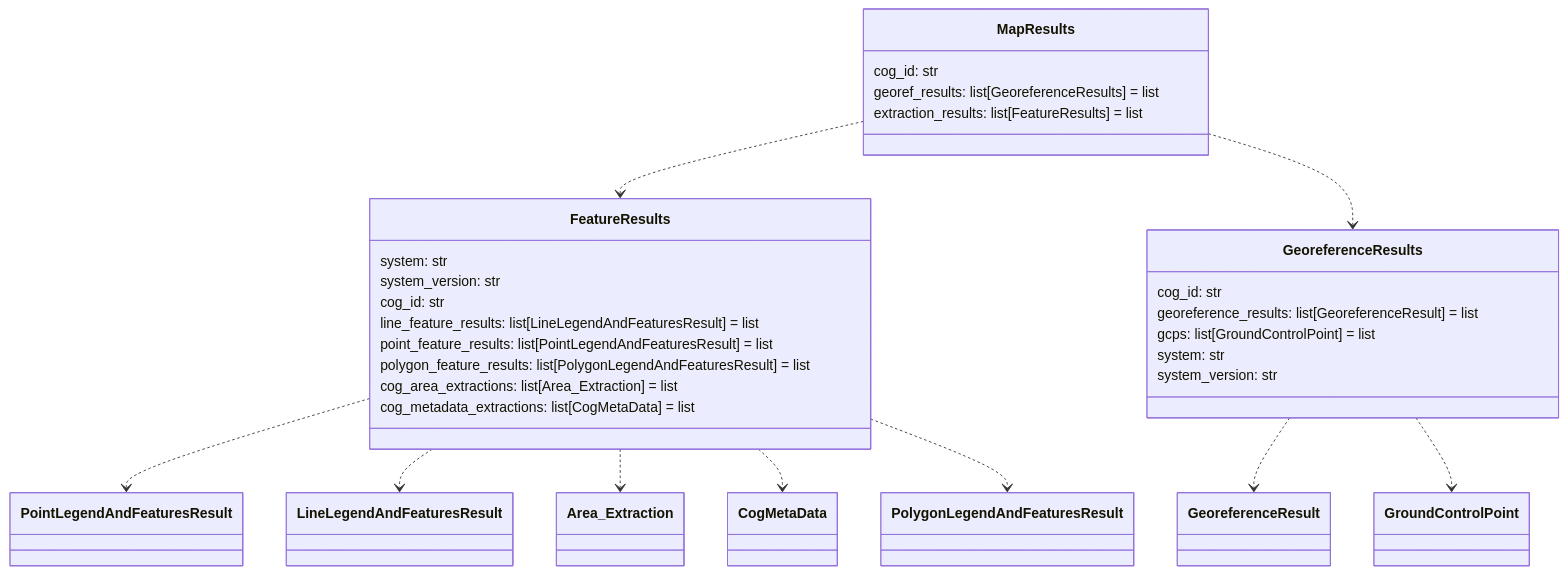
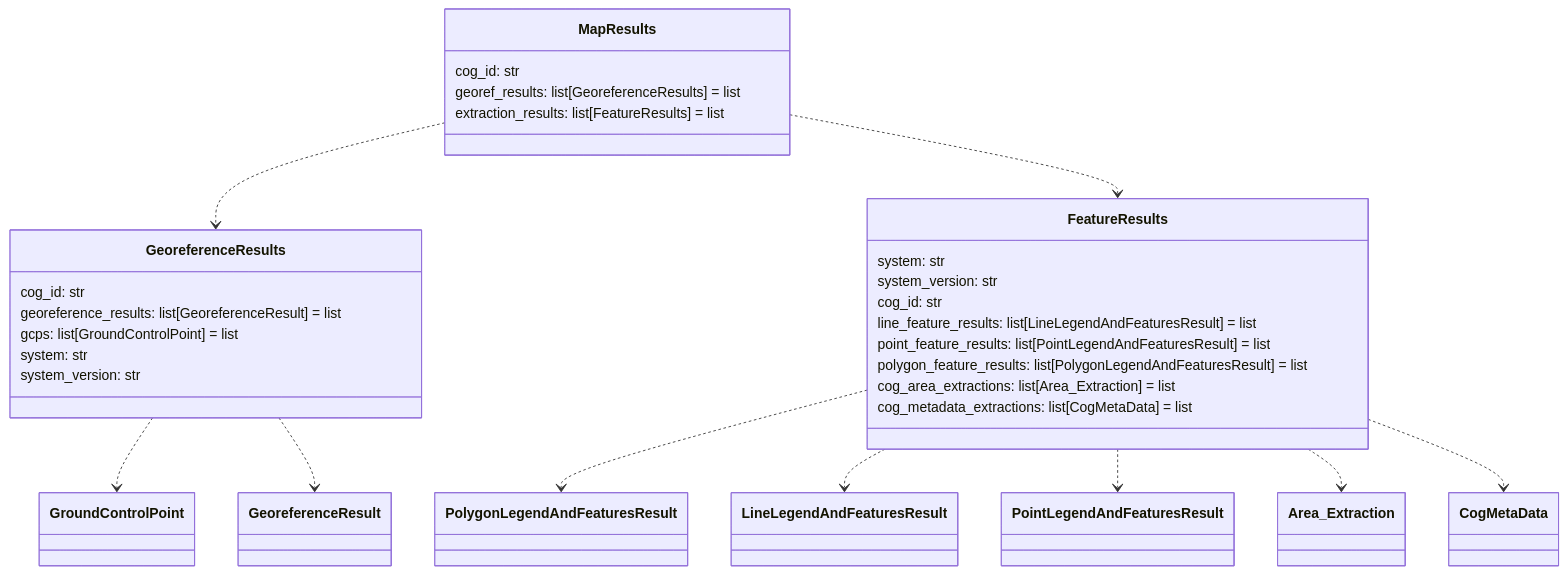
Before and after one commit to DARPA-CRITICALMAAS/cdr_schemas: diagram 11 of 14 in README.md, drawn with Mermaid. The commit also changed other lines of this file and 3 other files, not shown here.

First line of the commit message:
Beak-TA3 BNN and SOM Schema Additions (#79)

````diff
--- a/README.md
+++ b/README.md
@@ -937,40 +937,40 @@
 ```mermaid
 classDiagram
-
-    class FeatureResults {
-        system: str
-        system_version: str
-        cog_id: str
-        line_feature_results: list[LineLegendAndFeaturesResult] = list
-        point_feature_results: list[PointLegendAndFeaturesResult] = list
-        polygon_feature_results: list[PolygonLegendAndFeaturesResult] = list
-        cog_area_extractions: list[Area_Extraction] = list
-        cog_metadata_extractions: list[CogMetaData] = list
-    }
 
     class GeoreferenceResults {
         cog_id: str
         georeference_results: list[GeoreferenceResult] = list
         gcps: list[GroundControlPoint] = list
         system: str
         system_version: str
     }
 
     class MapResults {
         cog_id: str
         georef_results: list[GeoreferenceResults] = list
         extraction_results: list[FeatureResults] = list
     }
 
+    class FeatureResults {
+        system: str
+        system_version: str
+        cog_id: str
+        line_feature_results: list[LineLegendAndFeaturesResult] = list
+        point_feature_results: list[PointLegendAndFeaturesResult] = list
+        polygon_feature_results: list[PolygonLegendAndFeaturesResult] = list
+        cog_area_extractions: list[Area_Extraction] = list
+        cog_metadata_extractions: list[CogMetaData] = list
+    }
+
+    FeatureResults ..> PolygonLegendAndFeaturesResult
+    FeatureResults ..> LineLegendAndFeaturesResult
     FeatureResults ..> PointLegendAndFeaturesResult
-    FeatureResults ..> LineLegendAndFeaturesResult
     FeatureResults ..> Area_Extraction
     FeatureResults ..> CogMetaData
-    FeatureResults ..> PolygonLegendAndFeaturesResult
+    GeoreferenceResults ..> GroundControlPoint
     GeoreferenceResults ..> GeoreferenceResult
-    GeoreferenceResults ..> GroundControlPoint
+    MapResults ..> GeoreferenceResults
     MapResults ..> FeatureResults
-    MapResults ..> GeoreferenceResults
 
 
 ```
````
